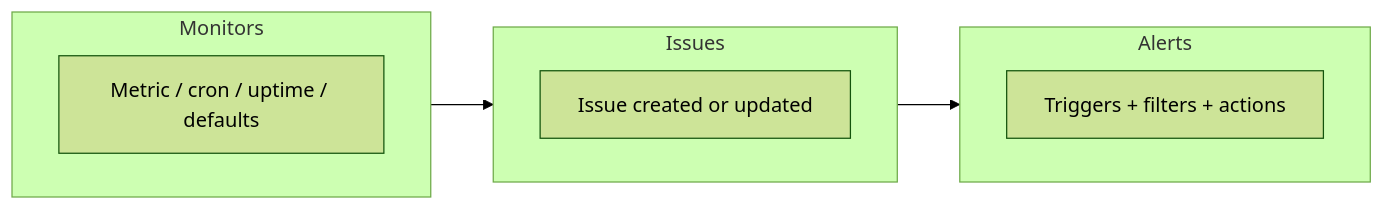
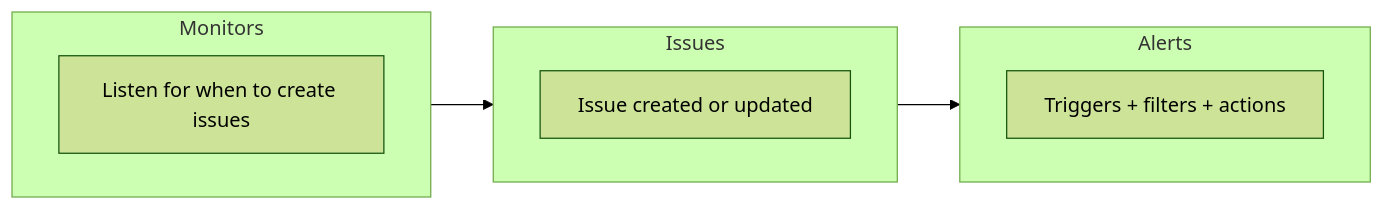
Before and after one commit to getsentry/sentry-docs: the diagram in docs/product/monitors-and-alerts/index.mdx, drawn with Mermaid (forest theme). The commit also changed other lines of this file, not shown here.

Commit message:
Updated where to go next.

````diff
--- a/docs/product/monitors-and-alerts/index.mdx
+++ b/docs/product/monitors-and-alerts/index.mdx
@@ -23,17 +23,17 @@
 ```mermaid
 flowchart LR
   subgraph mon["Monitors"]
     direction LR
-    M1[Metric / cron / uptime / defaults]
+    M1[Listen for when to create issues]
   end
   subgraph iss["Issues"]
     direction LR
     I[Issue created or updated]
   end
   subgraph al["Alerts"]
     direction LR
     A[Triggers + filters + actions]
   end
   mon --> iss
   iss --> al
 ```
````
